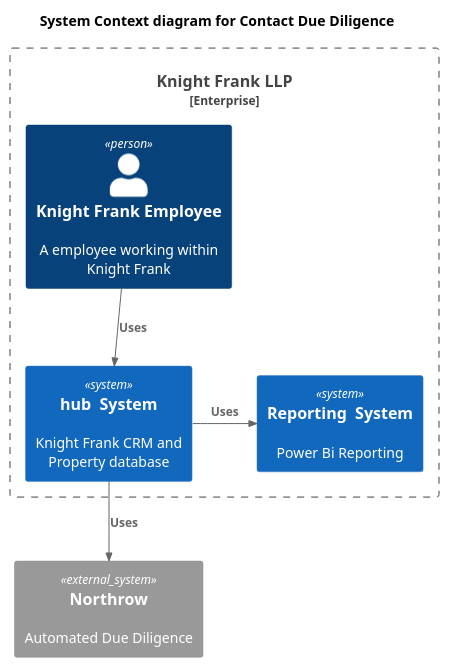
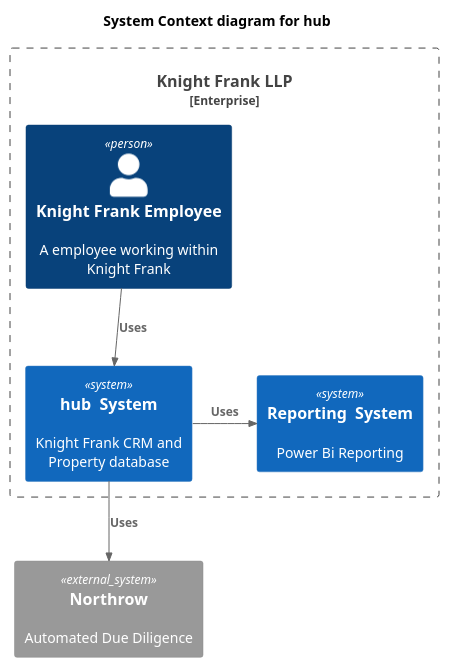
Before and after one commit to Kf-GaryNewport/Kf-GaryNewport.github.io: the diagram in assets/CDD-Context.puml, drawn with PlantUML. The commit also changed 7 other files, not shown here.

```diff
--- a/assets/CDD-Context.puml
+++ b/assets/CDD-Context.puml
@@ -1,20 +1,20 @@
 @startuml
 !includeurl https://raw.githubusercontent.com/RicardoNiepel/C4-PlantUML/master/C4_Context.puml
 
 'LAYOUT_WITH_LEGEND
 
-title System Context diagram for Contact Due Diligence
+title System Context diagram for hub
 
 Enterprise_Boundary(c1, "Knight Frank LLP") {
     Person(customer, "Knight Frank Employee ", "A employee working within Knight Frank")
     System(hub_system, "hub  System", "Knight Frank CRM and Property database")
     System(rep_system, "Reporting  System", "Power Bi Reporting")
 }
 System_Ext(northrow, "Northrow", "Automated Due Diligence")
 
 Rel(customer, hub_system, "Uses")
 Rel(hub_system, northrow, "Uses")
 Rel_R(hub_system, rep_system, "Uses")
 
 
 @enduml
```
